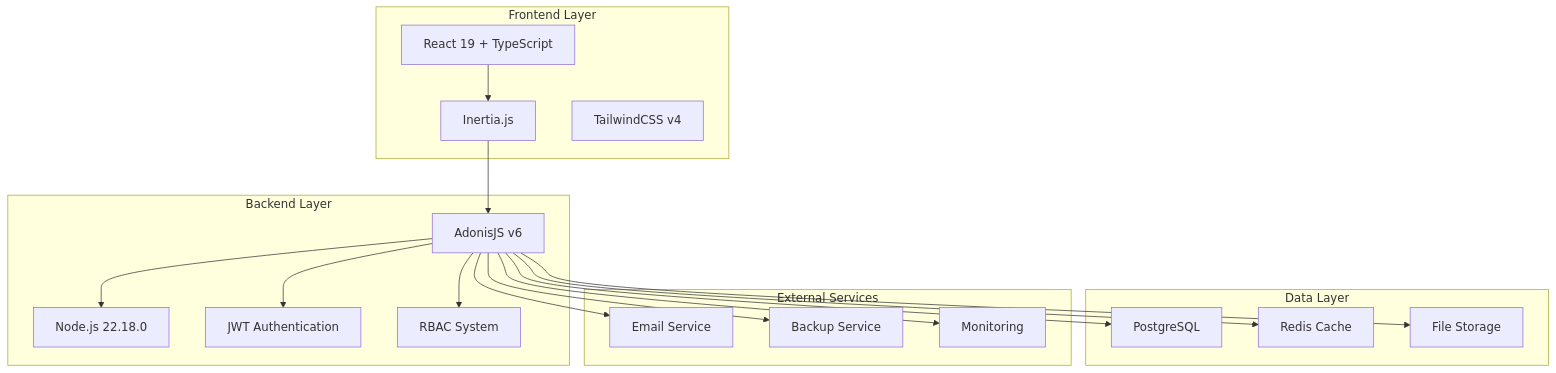
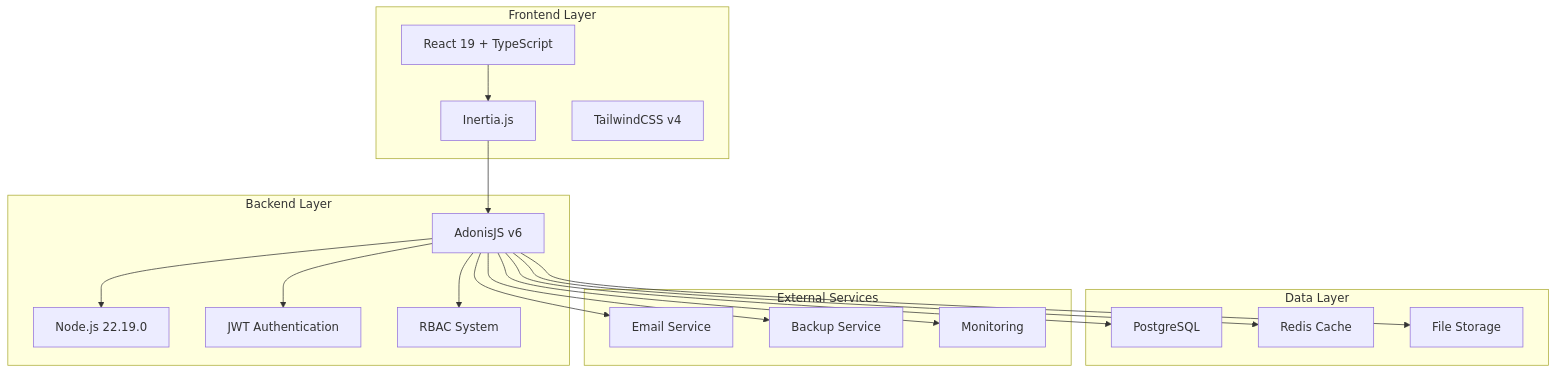
The first of 7 diagrams in .trae/documents/sistema-yol-benicio.md (gabrielmaialva33/yol-benicio-api), drawn with Mermaid before and after one commit. The commit also changed other lines of this file and 7 other files, not shown here.

````diff
--- a/.trae/documents/sistema-yol-benicio.md
+++ b/.trae/documents/sistema-yol-benicio.md
@@ -26,39 +26,39 @@
 ```mermaid
 graph TB
     subgraph "Frontend Layer"
         A[React 19 + TypeScript]
         B[Inertia.js]
         C[TailwindCSS v4]
     end
 
     subgraph "Backend Layer"
         D[AdonisJS v6]
-        E[Node.js 22.18.0]
+        E[Node.js 22.19.0]
         F[JWT Authentication]
         G[RBAC System]
     end
 
     subgraph "Data Layer"
         H[PostgreSQL]
         I[Redis Cache]
         J[File Storage]
     end
 
     subgraph "External Services"
         K[Email Service]
         L[Backup Service]
         M[Monitoring]
     end
 
     A --> B
     B --> D
     D --> E
     D --> F
     D --> G
     D --> H
     D --> I
     D --> J
     D --> K
     D --> L
     D --> M
 ```
````
